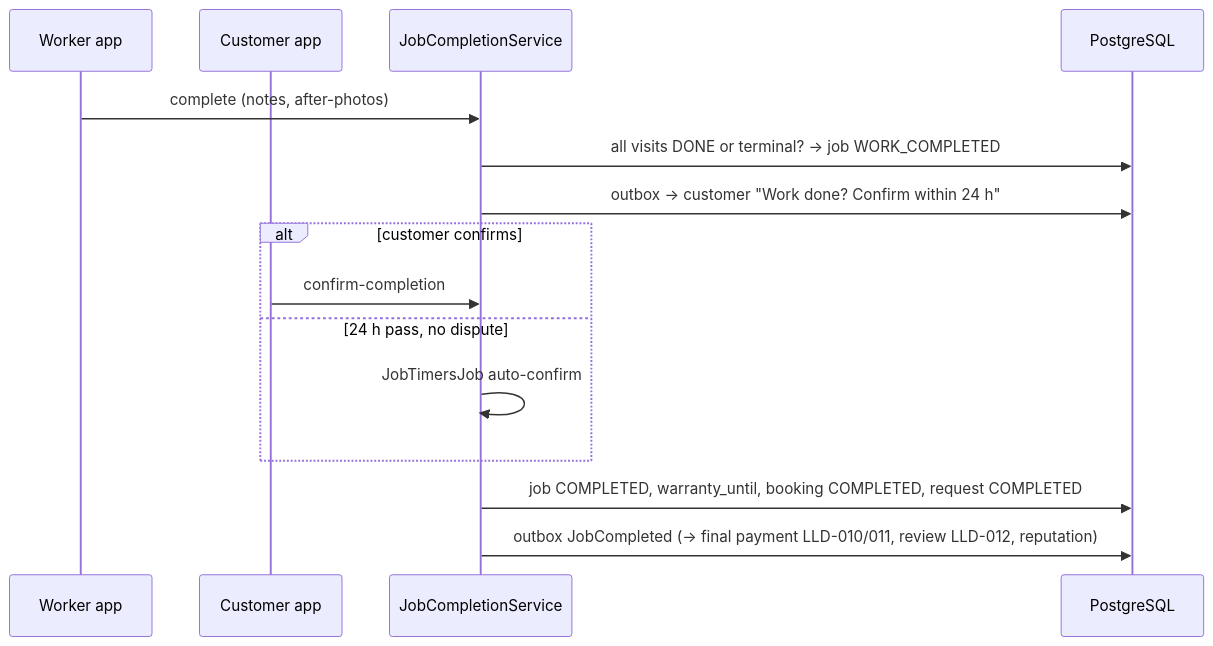
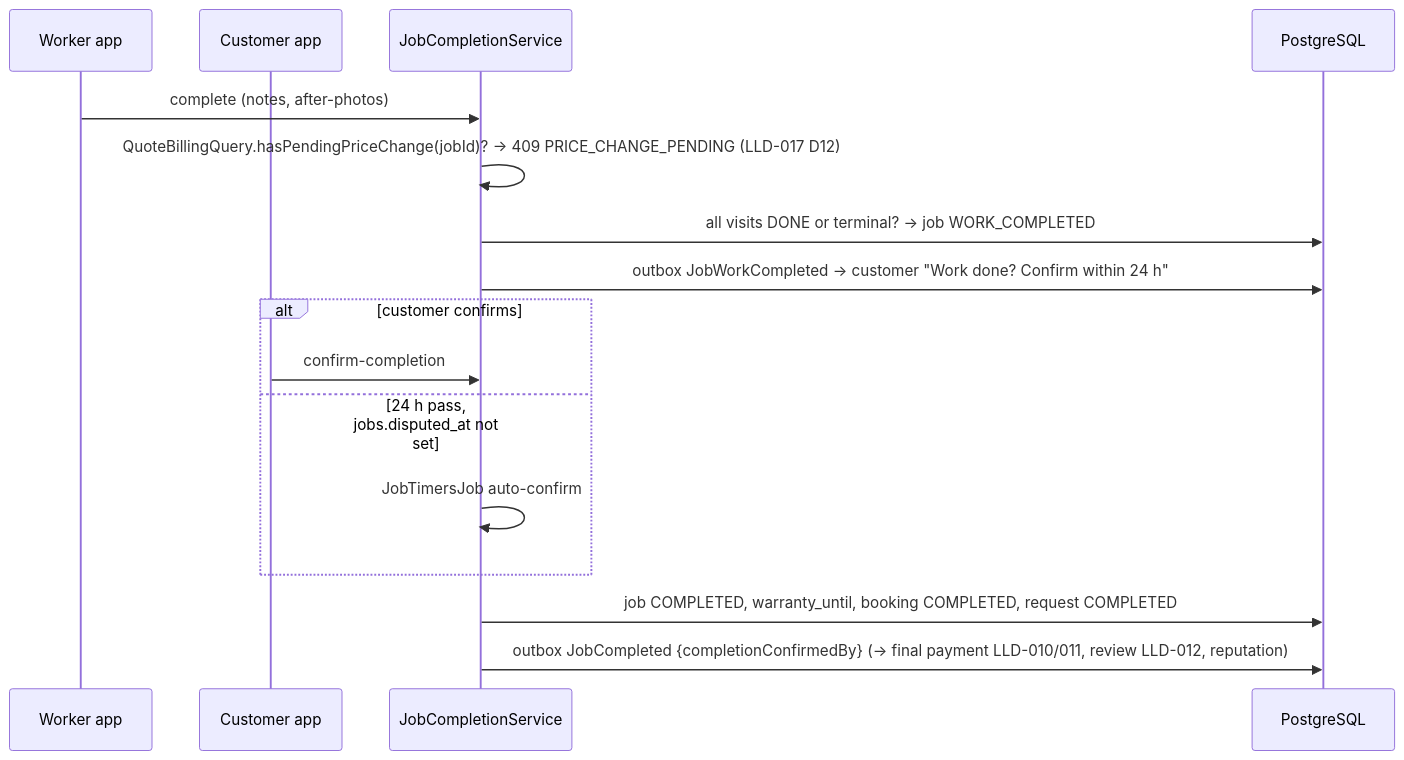
Before and after one commit to kumarprince06/karigar-marketplace: the third of 3 diagrams in docs/lld/lld-009-booking-job-visits.md, drawn with Mermaid. The commit also changed other lines of this file and 32 other files, not shown here.

First line of the commit message:
Complete LLD set (LLD-010 to LLD-022), ADR 0018, cross-doc integration

````diff
--- a/docs/lld/lld-009-booking-job-visits.md
+++ b/docs/lld/lld-009-booking-job-visits.md
@@ -367,17 +424,18 @@
 ```mermaid
 sequenceDiagram
     participant W as Worker app
     participant C as Customer app
     participant J as JobCompletionService
     participant DB as PostgreSQL
     W->>J: complete (notes, after-photos)
+    J->>J: QuoteBillingQuery.hasPendingPriceChange(jobId)? → 409 PRICE_CHANGE_PENDING (LLD-017 D12)
     J->>DB: all visits DONE or terminal? → job WORK_COMPLETED
-    J->>DB: outbox → customer "Work done? Confirm within 24 h"
+    J->>DB: outbox JobWorkCompleted → customer "Work done? Confirm within 24 h"
     alt customer confirms
         C->>J: confirm-completion
-    else 24 h pass, no dispute
+    else 24 h pass, jobs.disputed_at not set
         J->>J: JobTimersJob auto-confirm
     end
     J->>DB: job COMPLETED, warranty_until, booking COMPLETED, request COMPLETED
-    J->>DB: outbox JobCompleted (→ final payment LLD-010/011, review LLD-012, reputation)
+    J->>DB: outbox JobCompleted {completionConfirmedBy} (→ final payment LLD-010/011, review LLD-012, reputation)
 ```
````
